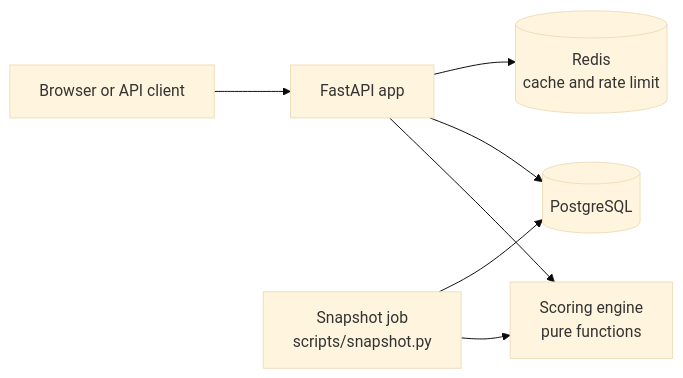
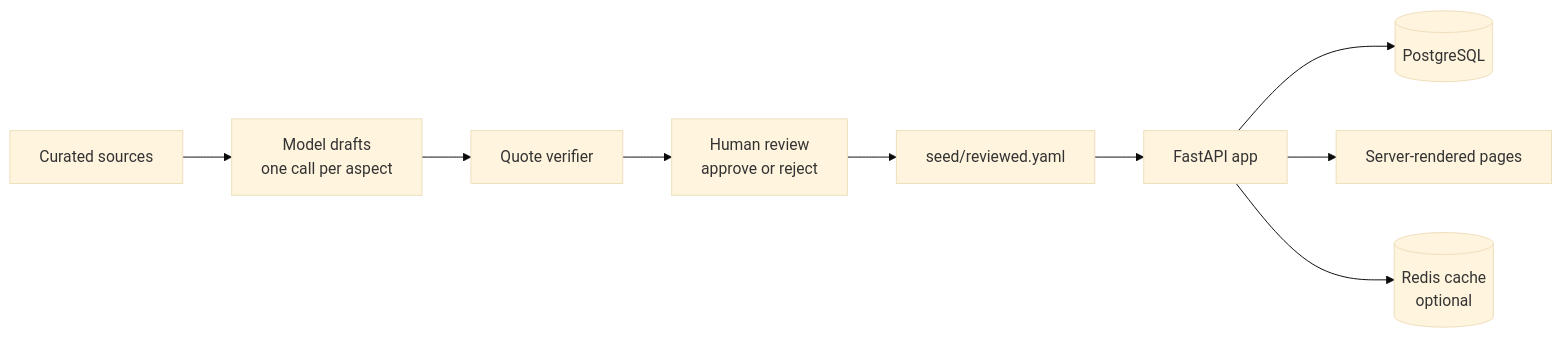
The diagram in README.md (akshatdwivedi824/critiSizer), drawn with Mermaid (base theme) before and after one commit. The commit also changed other lines of this file and 1 other file, not shown here.

Commit message:
Rewrite README for the v2 method and the redesigned pages

````diff
--- a/README.md
+++ b/README.md
@@ -20,9 +58,11 @@
 ```mermaid
 flowchart LR
-    client[Browser or API client] --> api[FastAPI app]
-    api --> engine[Scoring engine<br/>pure functions]
-    api --> pg[(PostgreSQL)]
-    api --> redis[(Redis<br/>cache and rate limit)]
-    job[Snapshot job<br/>scripts/snapshot.py] --> engine
-    job --> pg
+    src[Curated sources] --> draft[Model drafts<br/>one call per aspect]
+    draft --> verify[Quote verifier]
+    verify --> review[Human review<br/>approve or reject]
+    review --> export[seed/reviewed.yaml]
+    export --> app[FastAPI app]
+    app --> pg[(PostgreSQL)]
+    app --> page[Server-rendered pages]
+    app --> redis[(Redis cache<br/>optional)]
 ```
````
